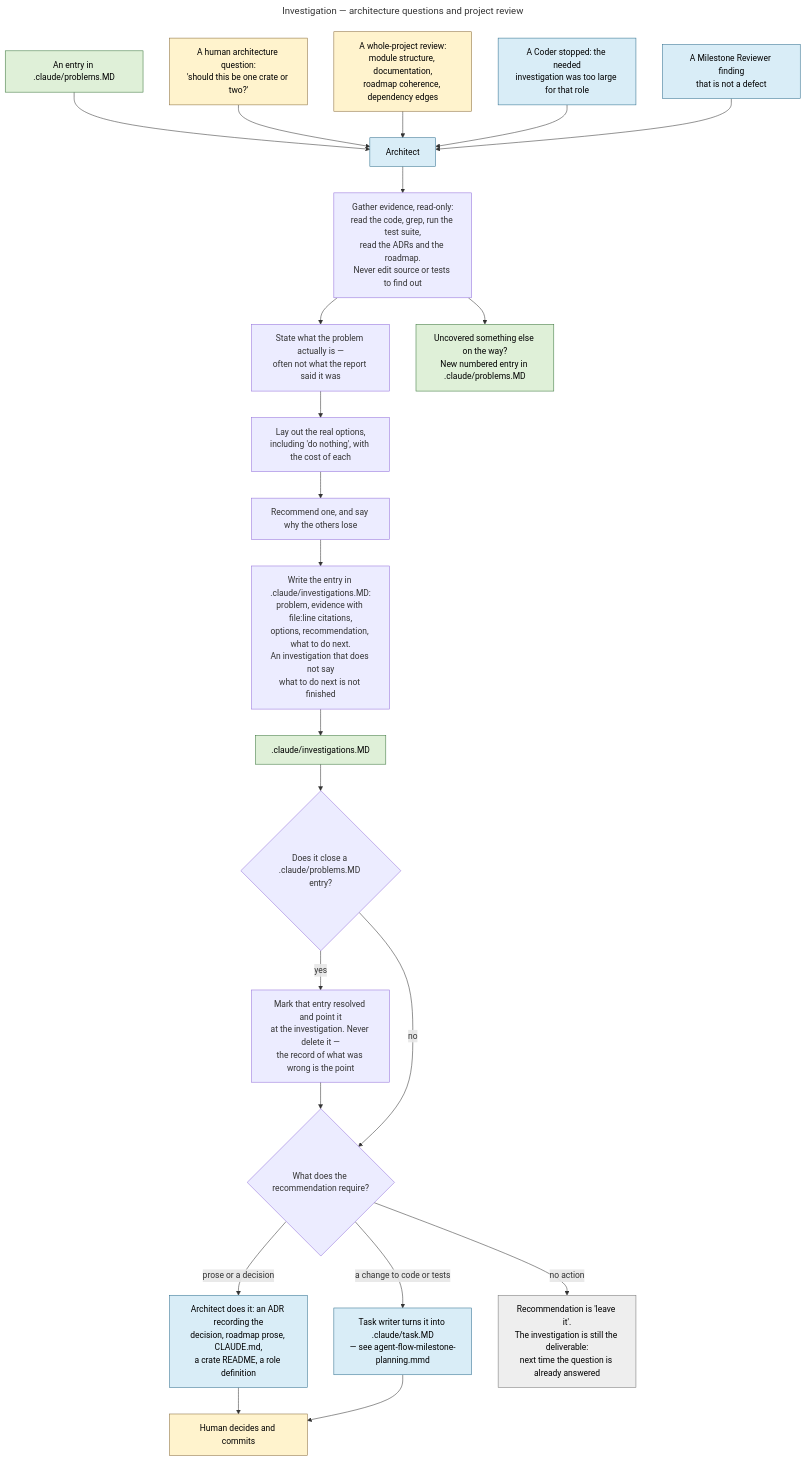
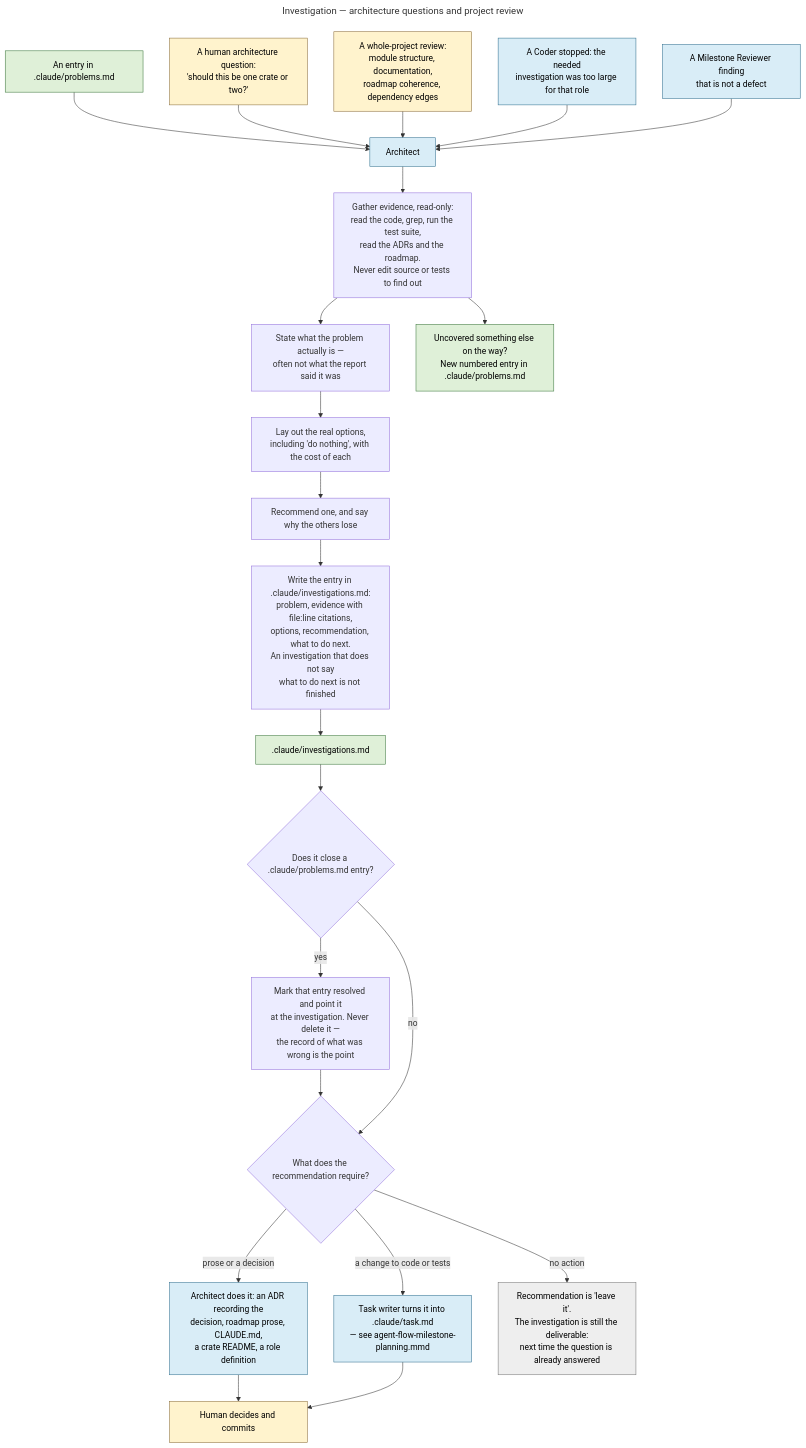
The diagram in docs/diagrams/agent-flow-investigation.mmd (Dmitriy-G/simple_rdbms), drawn with Mermaid before and after one commit. The commit also changed 21 other files, not shown here.

Commit message:
Change agents flow

```diff
--- a/docs/diagrams/agent-flow-investigation.mmd
+++ b/docs/diagrams/agent-flow-investigation.mmd
@@ -1,46 +1,46 @@
 ---
 title: Investigation — architecture questions and project review
 ---
 flowchart TD
     classDef human fill:#fff3cd,stroke:#8a6d3b,color:#000
     classDef role fill:#d9edf7,stroke:#31708f,color:#000
     classDef channel fill:#dff0d8,stroke:#3c763d,color:#000
     classDef stop fill:#eeeeee,stroke:#777,color:#000
 
-    T1["An entry in .claude/problems.MD"]:::channel
+    T1["An entry in .claude/problems.md"]:::channel
     T2["A human architecture question:<br/>'should this be one crate or two?'"]:::human
     T3["A whole-project review:<br/>module structure, documentation,<br/>roadmap coherence, dependency edges"]:::human
     T4["A Coder stopped: the needed<br/>investigation was too large for that role"]:::role
     T5["A Milestone Reviewer finding<br/>that is not a defect"]:::role
 
     ARCH["Architect"]:::role
     GATHER["Gather evidence, read-only:<br/>read the code, grep, run the test suite,<br/>read the ADRs and the roadmap.<br/>Never edit source or tests to find out"]
     STATE["State what the problem actually is —<br/>often not what the report said it was"]
     OPTS["Lay out the real options,<br/>including 'do nothing', with the cost of each"]
     REC["Recommend one, and say why the others lose"]
 
-    WRITE["Write the entry in .claude/investigations.MD:<br/>problem, evidence with file:line citations,<br/>options, recommendation, what to do next.<br/>An investigation that does not say<br/>what to do next is not finished"]
-    INV[".claude/investigations.MD"]:::channel
+    WRITE["Write the entry in .claude/investigations.md:<br/>problem, evidence with file:line citations,<br/>options, recommendation, what to do next.<br/>An investigation that does not say<br/>what to do next is not finished"]
+    INV[".claude/investigations.md"]:::channel
 
-    CLOSES{"Does it close a .claude/problems.MD entry?"}
+    CLOSES{"Does it close a .claude/problems.md entry?"}
     MARK["Mark that entry resolved and point it<br/>at the investigation. Never delete it —<br/>the record of what was wrong is the point"]
-    NEWPROB["Uncovered something else on the way?<br/>New numbered entry in .claude/problems.MD"]:::channel
+    NEWPROB["Uncovered something else on the way?<br/>New numbered entry in .claude/problems.md"]:::channel
 
     KIND{"What does the recommendation require?"}
     DOC["Architect does it: an ADR recording the<br/>decision, roadmap prose, CLAUDE.md,<br/>a crate README, a role definition"]:::role
-    CODE["Task writer turns it into .claude/task.MD<br/>— see agent-flow-milestone-planning.mmd"]:::role
+    CODE["Task writer turns it into .claude/task.md<br/>— see agent-flow-milestone-planning.mmd"]:::role
     NOTHING["Recommendation is 'leave it'.<br/>The investigation is still the deliverable:<br/>next time the question is already answered"]:::stop
     HUMAN["Human decides and commits"]:::human
 
     T1 --> ARCH
     T2 --> ARCH
     T3 --> ARCH
     T4 --> ARCH
     T5 --> ARCH
     ARCH --> GATHER --> STATE --> OPTS --> REC --> WRITE --> INV --> CLOSES
     CLOSES -- yes --> MARK --> KIND
     CLOSES -- no --> KIND
     GATHER --> NEWPROB
     KIND -- "prose or a decision" --> DOC --> HUMAN
     KIND -- "a change to code or tests" --> CODE --> HUMAN
     KIND -- "no action" --> NOTHING
```
